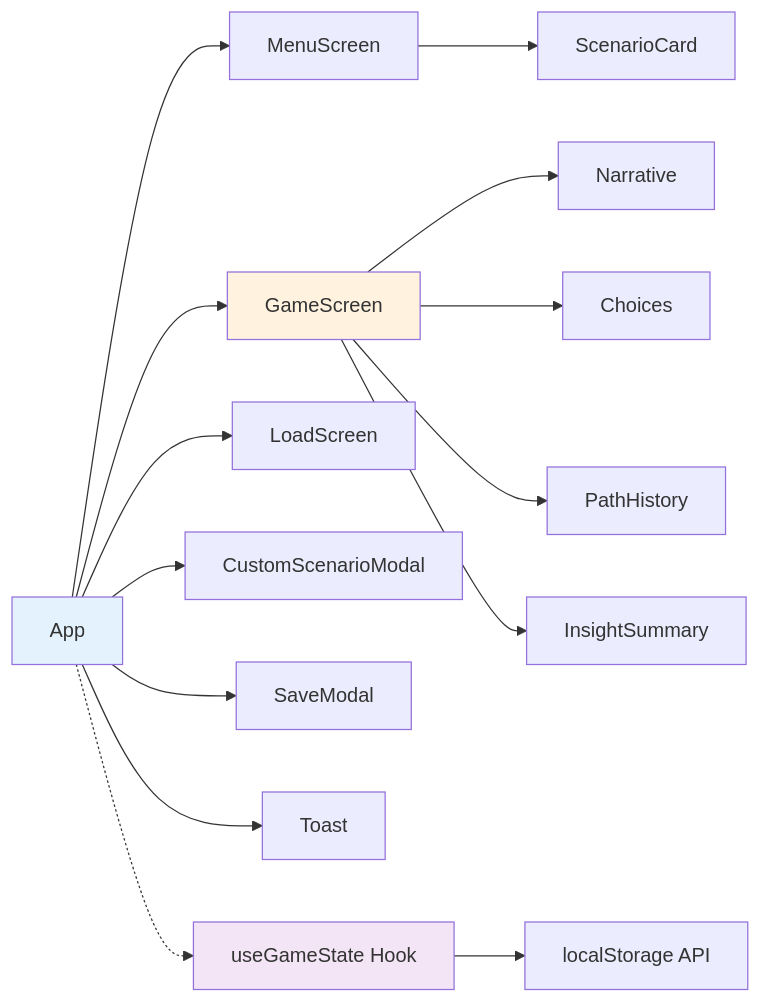
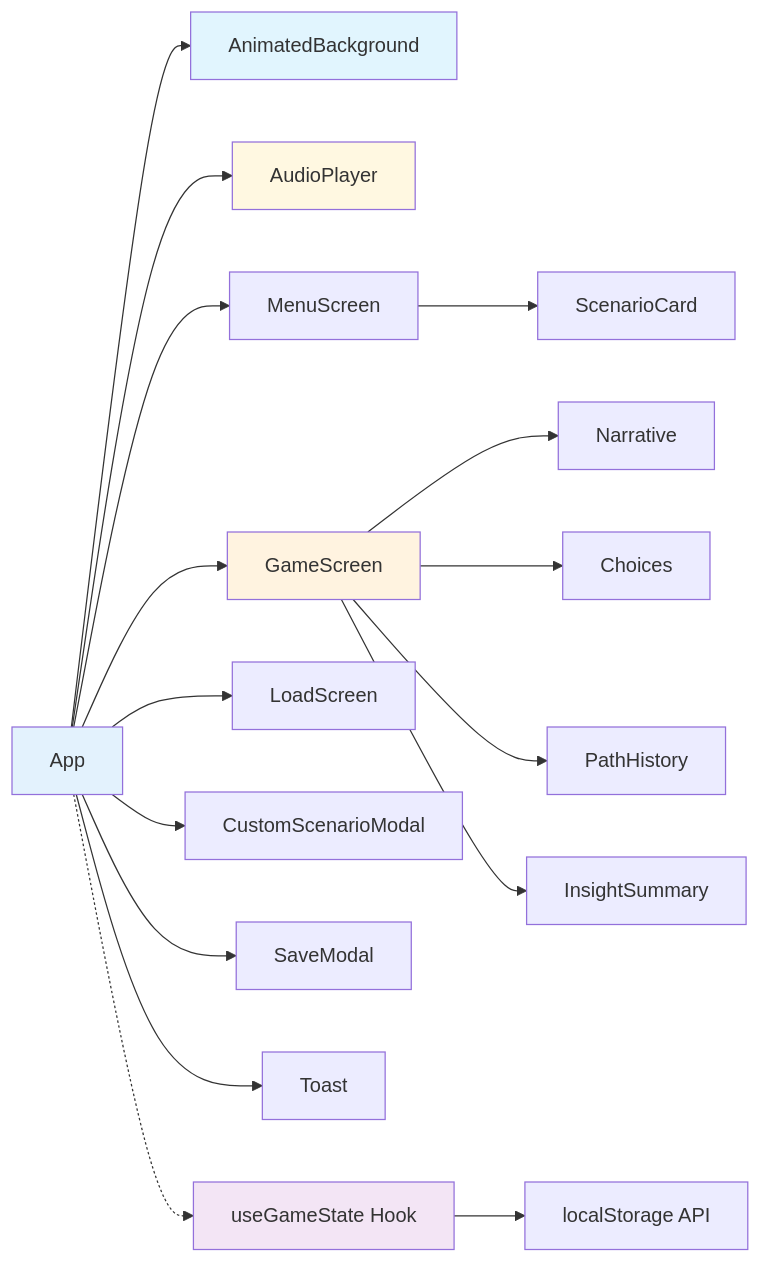
The third of 3 diagrams in README.md (guxu11/what-if), drawn with Mermaid before and after one commit. The commit also changed other lines of this file and 5 other files, not shown here.

````diff
--- a/README.md
+++ b/README.md
@@ -170,24 +192,28 @@
 ```mermaid
 graph LR
-    App[App] --> MenuScreen[MenuScreen]
+    App[App] --> AnimatedBackground[AnimatedBackground]
+    App --> AudioPlayer[AudioPlayer]
+    App --> MenuScreen[MenuScreen]
     App --> GameScreen[GameScreen]
     App --> LoadScreen[LoadScreen]
 
     MenuScreen --> ScenarioCard[ScenarioCard]
 
     GameScreen --> Narrative[Narrative]
     GameScreen --> Choices[Choices]
     GameScreen --> PathHistory[PathHistory]
     GameScreen --> InsightSummary[InsightSummary]
 
     App --> CustomScenarioModal[CustomScenarioModal]
     App --> SaveModal[SaveModal]
     App --> Toast[Toast]
 
     App -.-> useGameState[useGameState Hook]
     useGameState --> localStorage[localStorage API]
 
     style App fill:#e3f2fd
     style GameScreen fill:#fff3e0
     style useGameState fill:#f3e5f5
+    style AnimatedBackground fill:#e1f5fe
+    style AudioPlayer fill:#fff8e1
 ```
````
